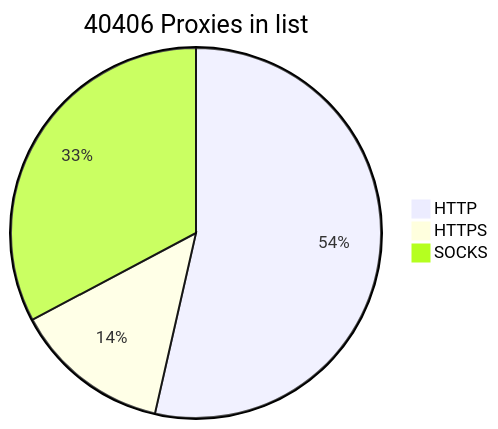
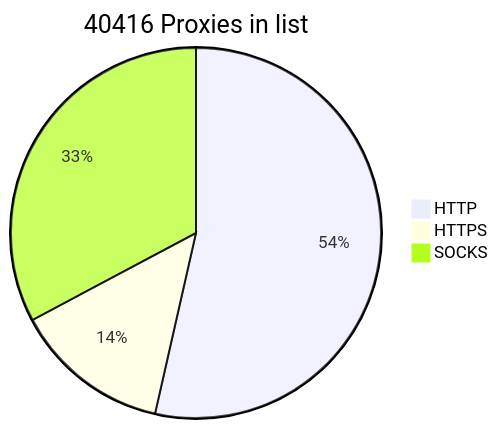
The diagram in README.md (BlackSnowDot/proxylist-update-every-minute), drawn with Mermaid before and after one commit.

````diff
--- a/README.md
+++ b/README.md
@@ -2,6 +2,6 @@
 ```mermaid
-pie title 40406 Proxies in list
+pie title 40416 Proxies in list
     "HTTP" : 24265
     "HTTPS": 6197
-    "SOCKS" : 14842
+    "SOCKS" : 14852
 ```
````
